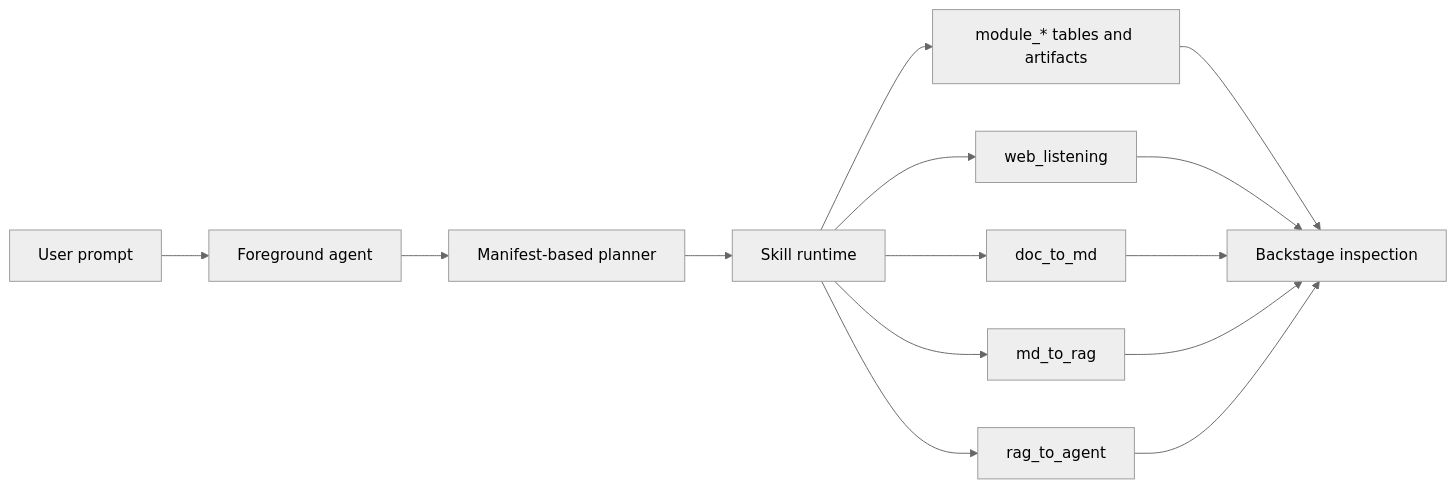
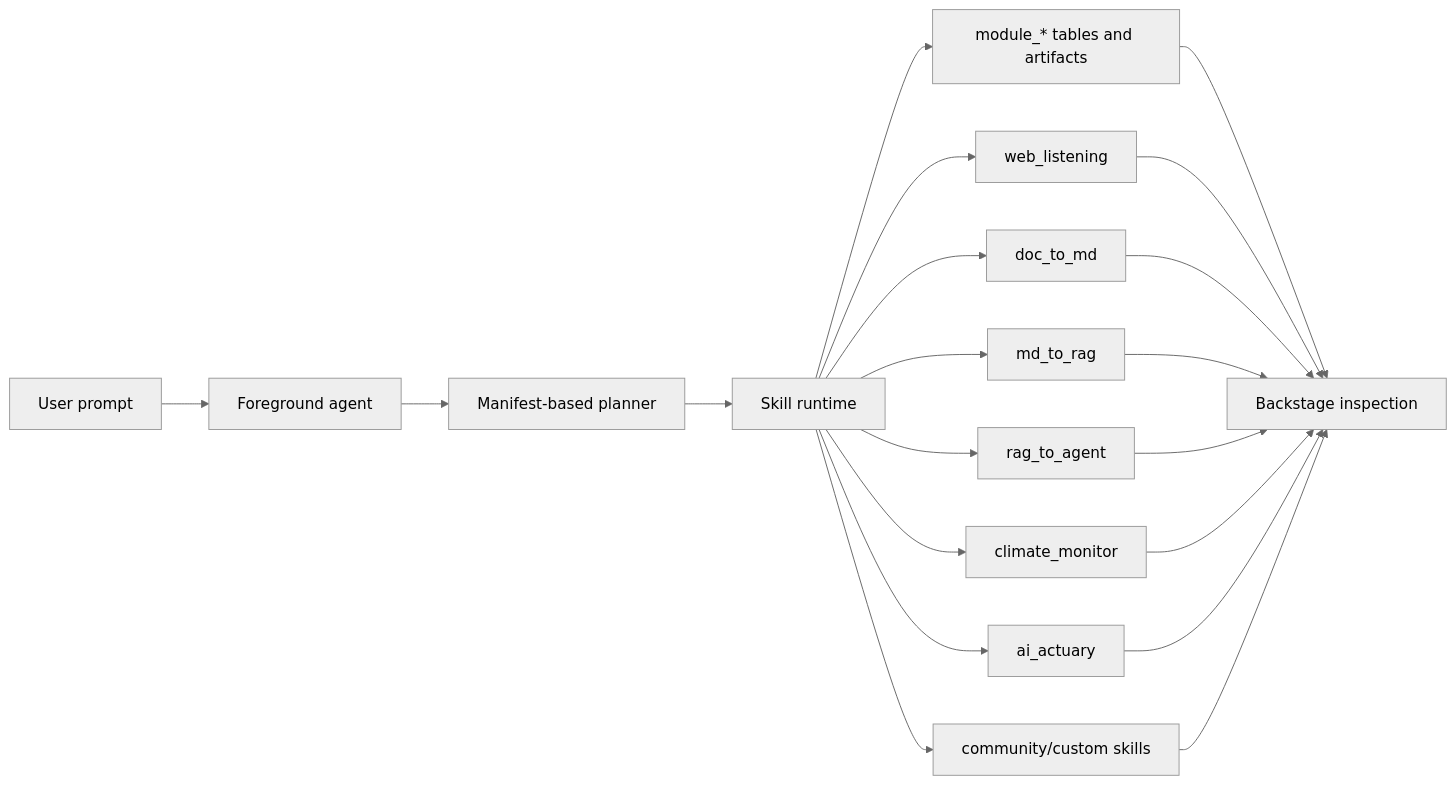
Before and after one commit to ferryhe/ai_interface: the diagram in README.md, drawn with Mermaid (neutral theme). The commit also changed other lines of this file and 6 other files, not shown here.

````diff
--- a/README.md
+++ b/README.md
@@ -20,16 +22,22 @@
 ```mermaid
 flowchart LR
   U["User prompt"] --> F["Foreground agent"]
   F --> P["Manifest-based planner"]
   P --> R["Skill runtime"]
   R --> S1["web_listening"]
   R --> S2["doc_to_md"]
   R --> S3["md_to_rag"]
   R --> S4["rag_to_agent"]
+  R --> S5["climate_monitor"]
+  R --> S6["ai_actuary"]
+  R --> S7["community/custom skills"]
   R --> DB["module_* tables and artifacts"]
   DB --> B["Backstage inspection"]
   S1 --> B
   S2 --> B
   S3 --> B
   S4 --> B
+  S5 --> B
+  S6 --> B
+  S7 --> B
 ```
````
